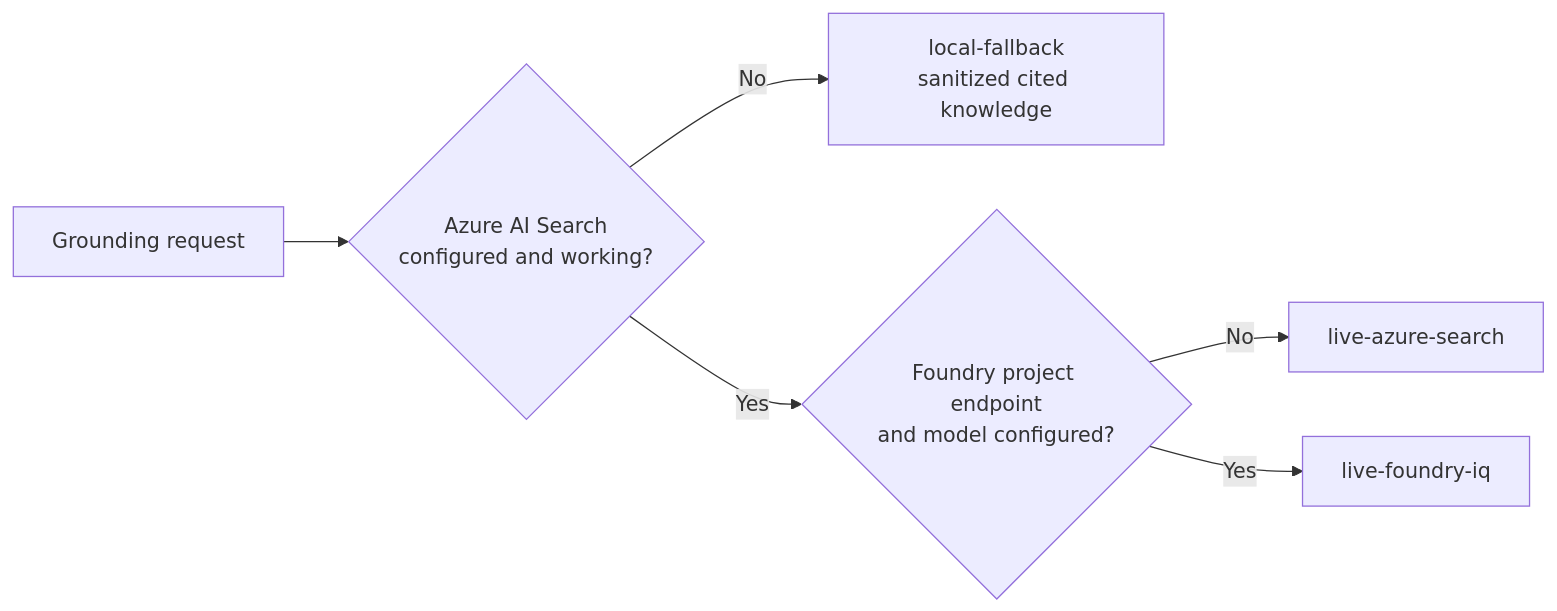
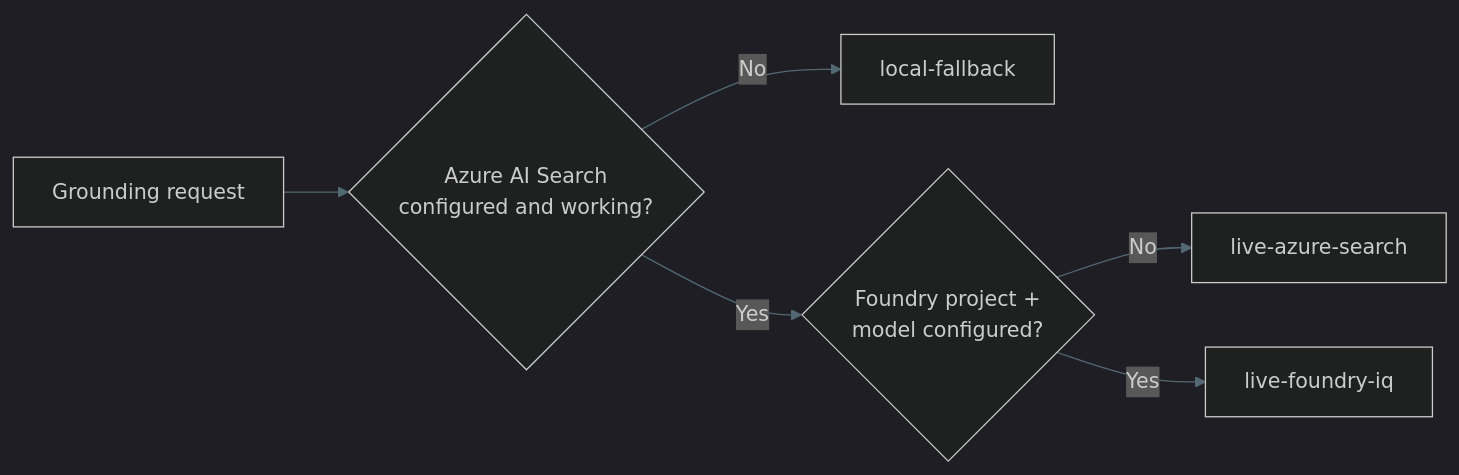
The fourth of 4 diagrams in docs/ARCHITECTURE_DIAGRAM.md (jpablortiz96/crisol-enterprise-holodeck), drawn with Mermaid before and after one commit. The commit also changed other lines of this file and 11 other files, not shown here.

Commit message:
docs: upgrade readme and microsoft architecture

````diff
--- a/docs/ARCHITECTURE_DIAGRAM.md
+++ b/docs/ARCHITECTURE_DIAGRAM.md
@@ -86,8 +119,9 @@
 ```mermaid
+%%{init: {"theme":"dark","themeVariables":{"background":"#03090d","primaryColor":"#071016","primaryTextColor":"#f4f8fa","primaryBorderColor":"#22d3ee","lineColor":"#526974"}}}%%
 flowchart LR
-    REQUEST["Grounding request"] --> SEARCH_CHECK{"Azure AI Search<br/>configured and working?"}
-    SEARCH_CHECK -- No --> LOCAL["local-fallback<br/>sanitized cited knowledge"]
-    SEARCH_CHECK -- Yes --> FOUNDRY_CHECK{"Foundry project endpoint<br/>and model configured?"}
-    FOUNDRY_CHECK -- No --> SEARCH_MODE["live-azure-search"]
-    FOUNDRY_CHECK -- Yes --> FOUNDRY_MODE["live-foundry-iq"]
+    Request["Grounding request"] --> SearchCheck{"Azure AI Search<br/>configured and working?"}
+    SearchCheck -- No --> Local["local-fallback"]
+    SearchCheck -- Yes --> FoundryCheck{"Foundry project +<br/>model configured?"}
+    FoundryCheck -- No --> SearchMode["live-azure-search"]
+    FoundryCheck -- Yes --> FoundryMode["live-foundry-iq"]
 ```
````
